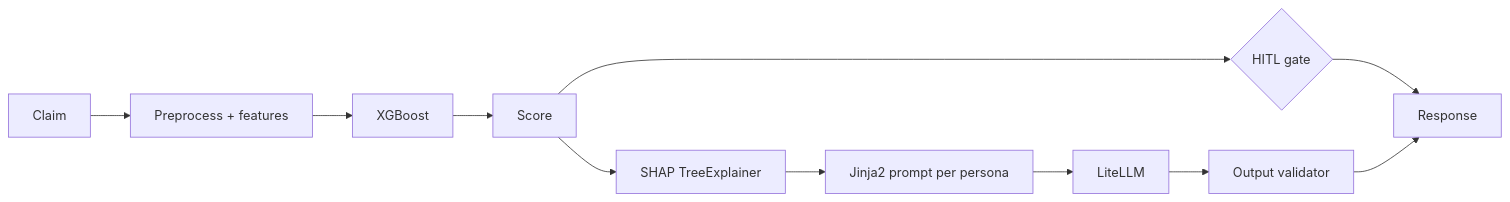
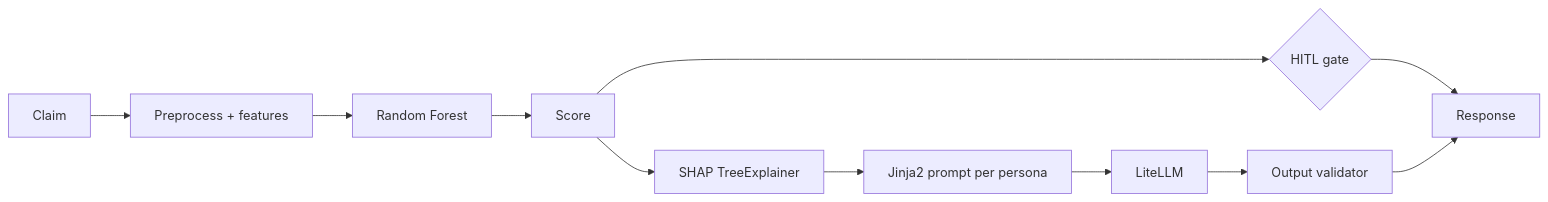
One commit to Mahdielaimani/claim-approval-agent changed the diagram in DESIGN.md. Above: the diagram before and after it, drawn with Mermaid. The commit also changed other lines of this file and 11 other files, not shown here.

````diff
--- a/DESIGN.md
+++ b/DESIGN.md
@@ -76,13 +81,13 @@
 ```mermaid
 flowchart LR
     A[Claim] --> B[Preprocess + features]
-    B --> C[XGBoost]
+    B --> C[Random Forest]
     C --> D[Score]
     D --> E{HITL gate}
     D --> F[SHAP TreeExplainer]
     F --> G[Jinja2 prompt per persona]
     G --> H[LiteLLM]
     H --> I[Output validator]
     E --> J[Response]
     I --> J
 ```
````
